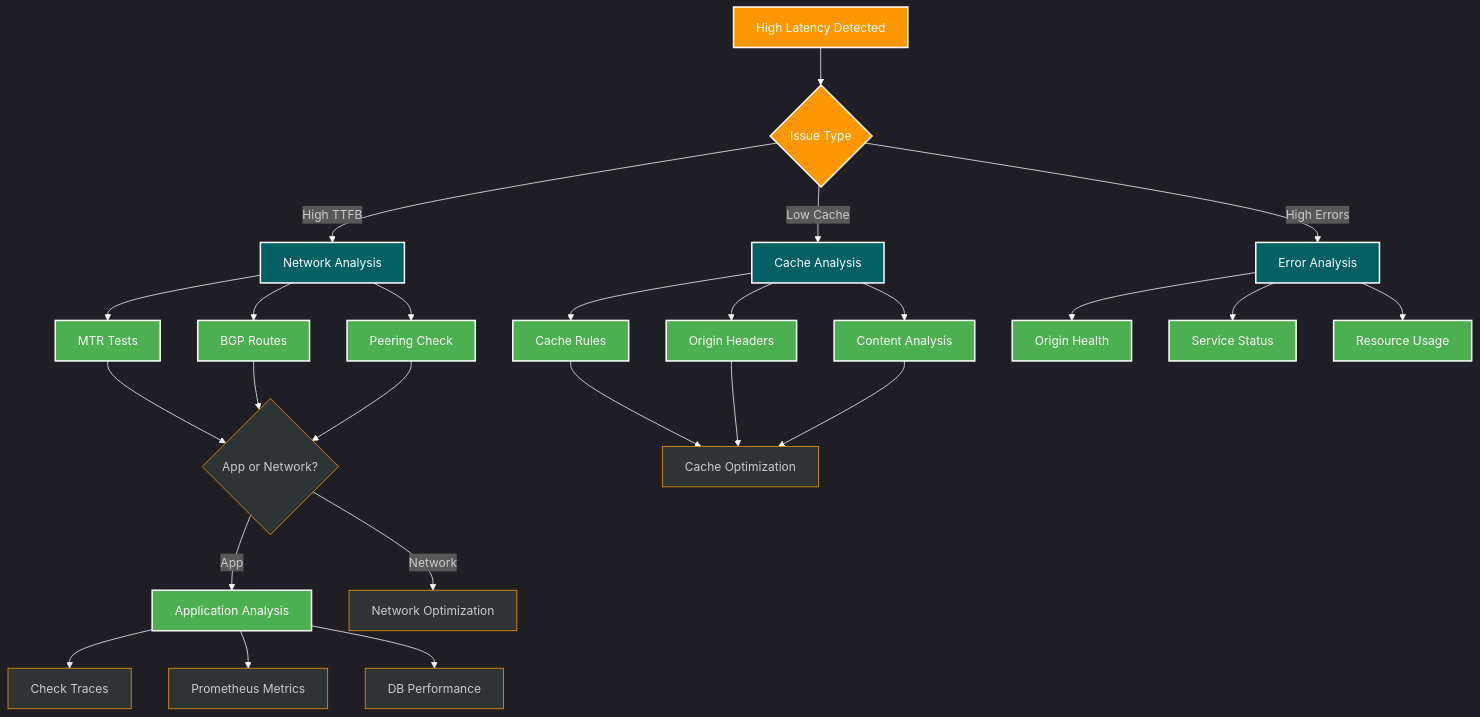
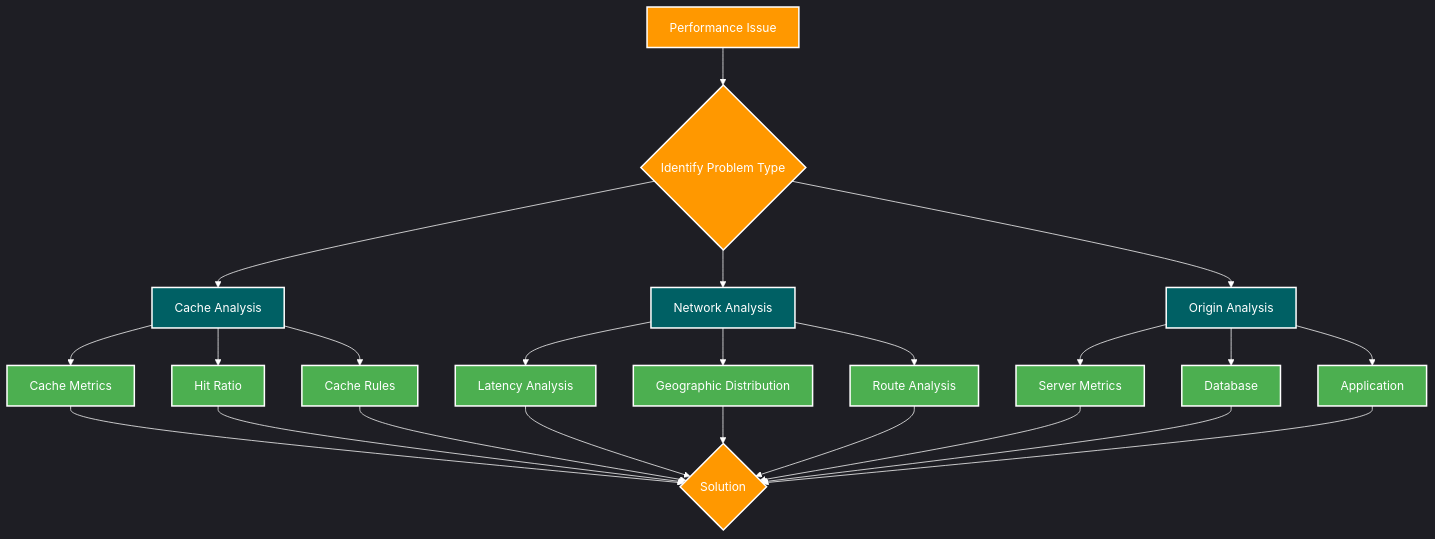
The diagram in cdn-analyser/slides/dist/cdn.qmd (erfianugrah/cloudflare_api_scripts), drawn with Mermaid before and after one commit. The commit also changed other lines of this file and 4 other files, not shown here.

````diff
--- a/cdn-analyser/slides/dist/cdn.qmd
+++ b/cdn-analyser/slides/dist/cdn.qmd
@@ -232,57 +148,52 @@
 ```{mermaid}
 %%{init: {
   'theme': 'dark',
   'themeVariables': {
     'primaryColor': '#ff9800',
     'primaryTextColor': '#fff',
     'primaryBorderColor': '#fff',
     'lineColor': '#fff',
     'secondaryColor': '#006064',
     'tertiaryColor': '#4caf50',
     'mainBkg': '#2d3436',
     'nodeBorder': '#ff9800',
     'clusterBkg': '#2d3436',
     'clusterBorder': '#ff9800'
   }
 }}%%
 graph TB
-    Start[High Latency Detected] --> Type{Issue Type}
-    Type -->|High TTFB| Network[Network Analysis]
-    Type -->|Low Cache| Cache[Cache Analysis]
-    Type -->|High Errors| Error[Error Analysis]
+    Start[Performance Issue] --> Identify{Identify Problem Type}
+    Identify --> Cache[Cache Analysis]
+    Identify --> Network[Network Analysis]
+    Identify --> Origin[Origin Analysis]
     
-    Network --> MTR[MTR Tests]
-    Network --> Routes[BGP Routes]
-    Network --> Peering[Peering Check]
+    Cache --> CacheMetrics[Cache Metrics]
+    Cache --> HitRatio[Hit Ratio]
+    Cache --> CacheRules[Cache Rules]
     
-    MTR --> AppCheck{App or Network?}
-    Routes --> AppCheck
-    Peering --> AppCheck
+    Network --> Latency[Latency Analysis]
+    Network --> Routes[Route Analysis]
+    Network --> Geo[Geographic Distribution]
     
-    AppCheck -->|App| Application[Application Analysis]
-    AppCheck -->|Network| NetworkFix[Network Optimization]
+    Origin --> Server[Server Metrics]
+    Origin --> Database[Database]
+    Origin --> Application[Application]
     
-    Application --> Traces[Check Traces]
-    Application --> Metrics[Prometheus Metrics]
-    Application --> Database[DB Performance]
-    
-    Cache --> Rules[Cache Rules]
-    Cache --> Headers[Origin Headers]
-    Cache --> Content[Content Analysis]
-    
-    Rules --> CacheFix[Cache Optimization]
-    Headers --> CacheFix
-    Content --> CacheFix
-    
-    Error --> Origins[Origin Health]
-    Error --> Services[Service Status]
-    Error --> Resources[Resource Usage]
+    CacheMetrics --> Solution{Solution}
+    HitRatio --> Solution
+    CacheRules --> Solution
+    Latency --> Solution
+    Geo --> Solution
+    Routes --> Solution
+    Server --> Solution
+    Database --> Solution
+    Application --> Solution
 
     classDef orange fill:#ff9800,stroke:#fff,stroke-width:2px,color:#fff;
     classDef blue fill:#006064,stroke:#fff,stroke-width:2px,color:#fff;
     classDef green fill:#4caf50,stroke:#fff,stroke-width:2px,color:#fff;
 
-    class Start,Type orange;
-    class Network,Cache,Error blue;
-    class MTR,Routes,Peering,Application,Rules,Headers,Content,Origins,Services,Resources green;
-  ```
+    class Start,Identify,Solution orange;
+    class Cache,Network,Origin blue;
+    class CacheMetrics,HitRatio,CacheRules,Latency,Routes,SSL,Server,Database,Application,Geo green;
+```
````
